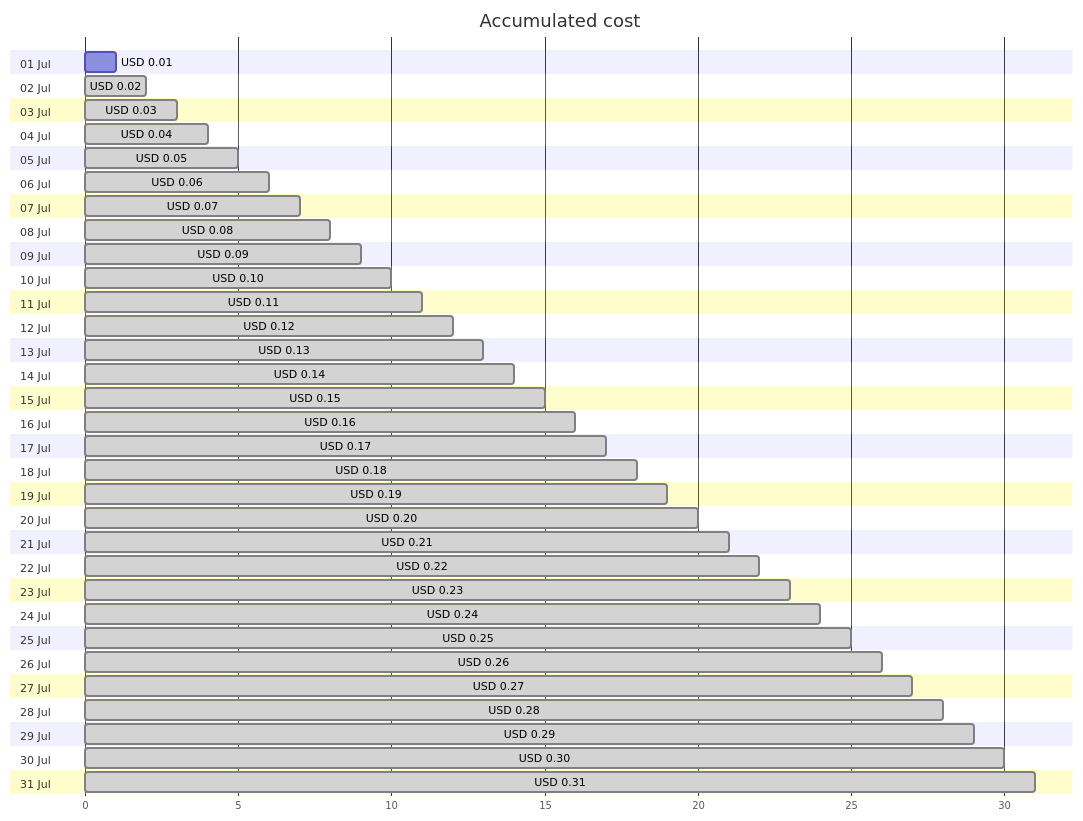
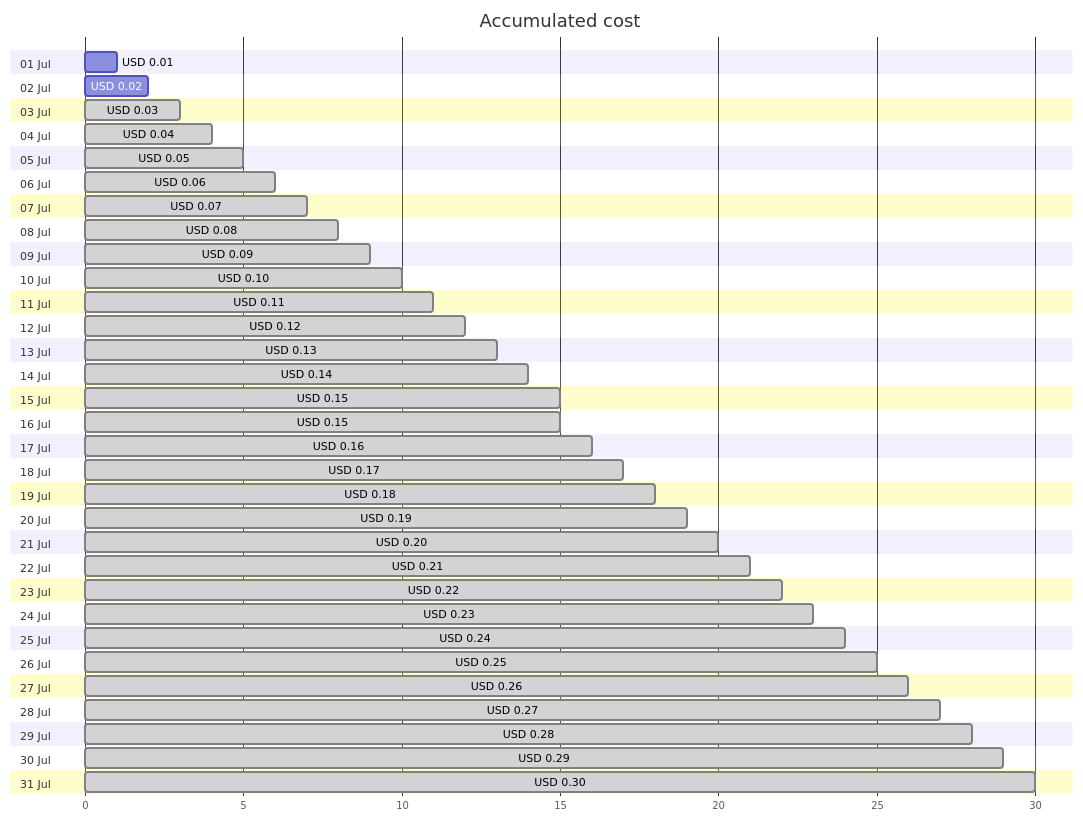
Before and after one commit to jpfulton/azure-personal-reports: the first of 4 diagrams in cost-reports/cloud-shell-storage-eastus/README.md, drawn with Mermaid. The commit also changed other lines of this file and 1 other file, not shown here.

````diff
--- a/cost-reports/cloud-shell-storage-eastus/README.md
+++ b/cost-reports/cloud-shell-storage-eastus/README.md
@@ -20,68 +20,68 @@
 ```mermaid
 gantt
    title Accumulated cost
    dateFormat  X
    axisFormat %s
    section 01 Jul
    USD 0.01 :0, 1
    section 02 Jul
-   USD 0.02 : done, 0, 2
+   USD 0.02 :0, 2
    section 03 Jul
    USD 0.03 : done, 0, 3
    section 04 Jul
    USD 0.04 : done, 0, 4
    section 05 Jul
    USD 0.05 : done, 0, 5
    section 06 Jul
    USD 0.06 : done, 0, 6
    section 07 Jul
    USD 0.07 : done, 0, 7
    section 08 Jul
    USD 0.08 : done, 0, 8
    section 09 Jul
    USD 0.09 : done, 0, 9
    section 10 Jul
    USD 0.10 : done, 0, 10
    section 11 Jul
    USD 0.11 : done, 0, 11
    section 12 Jul
    USD 0.12 : done, 0, 12
    section 13 Jul
    USD 0.13 : done, 0, 13
    section 14 Jul
    USD 0.14 : done, 0, 14
    section 15 Jul
    USD 0.15 : done, 0, 15
    section 16 Jul
+   USD 0.15 : done, 0, 15
+   section 17 Jul
    USD 0.16 : done, 0, 16
-   section 17 Jul
+   section 18 Jul
    USD 0.17 : done, 0, 17
-   section 18 Jul
+   section 19 Jul
    USD 0.18 : done, 0, 18
-   section 19 Jul
+   section 20 Jul
    USD 0.19 : done, 0, 19
-   section 20 Jul
+   section 21 Jul
    USD 0.20 : done, 0, 20
-   section 21 Jul
+   section 22 Jul
    USD 0.21 : done, 0, 21
-   section 22 Jul
+   section 23 Jul
    USD 0.22 : done, 0, 22
-   section 23 Jul
+   section 24 Jul
    USD 0.23 : done, 0, 23
-   section 24 Jul
+   section 25 Jul
    USD 0.24 : done, 0, 24
-   section 25 Jul
+   section 26 Jul
    USD 0.25 : done, 0, 25
-   section 26 Jul
+   section 27 Jul
    USD 0.26 : done, 0, 26
-   section 27 Jul
+   section 28 Jul
    USD 0.27 : done, 0, 27
-   section 28 Jul
+   section 29 Jul
    USD 0.28 : done, 0, 28
-   section 29 Jul
+   section 30 Jul
    USD 0.29 : done, 0, 29
-   section 30 Jul
+   section 31 Jul
    USD 0.30 : done, 0, 30
-   section 31 Jul
-   USD 0.31 : done, 0, 31
 ```
````
